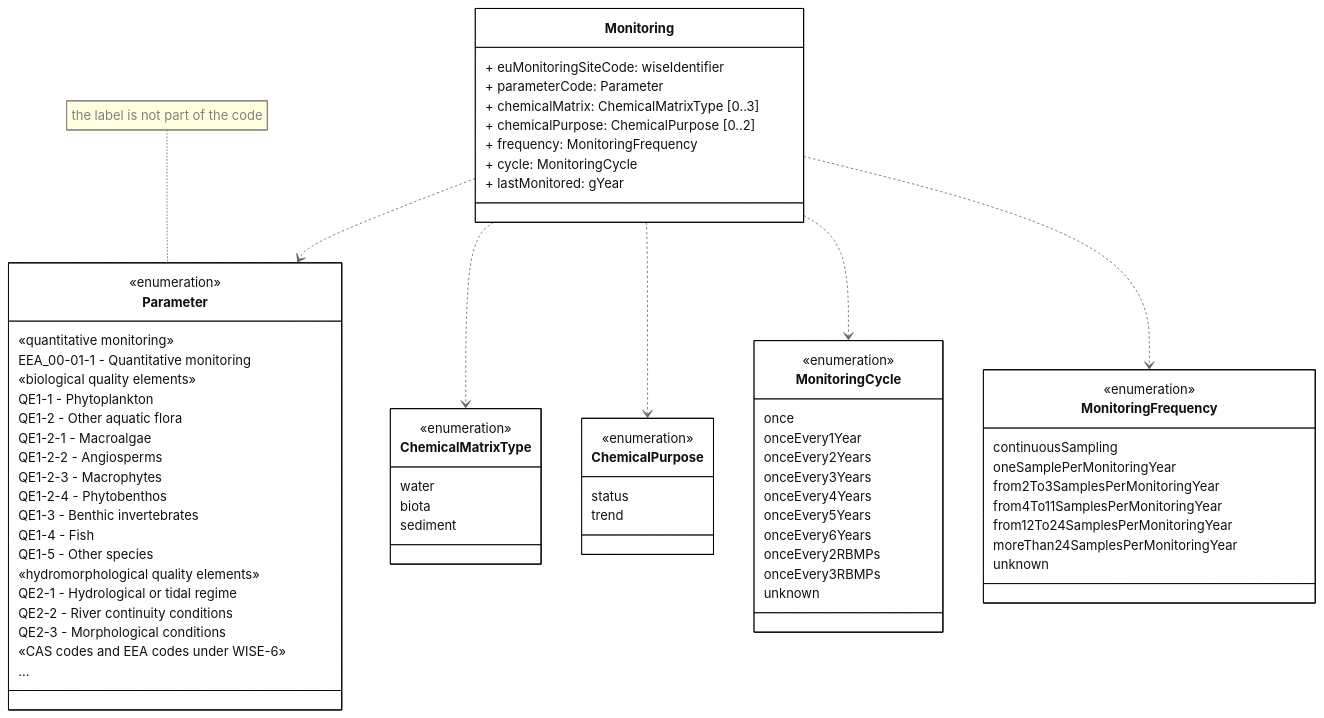
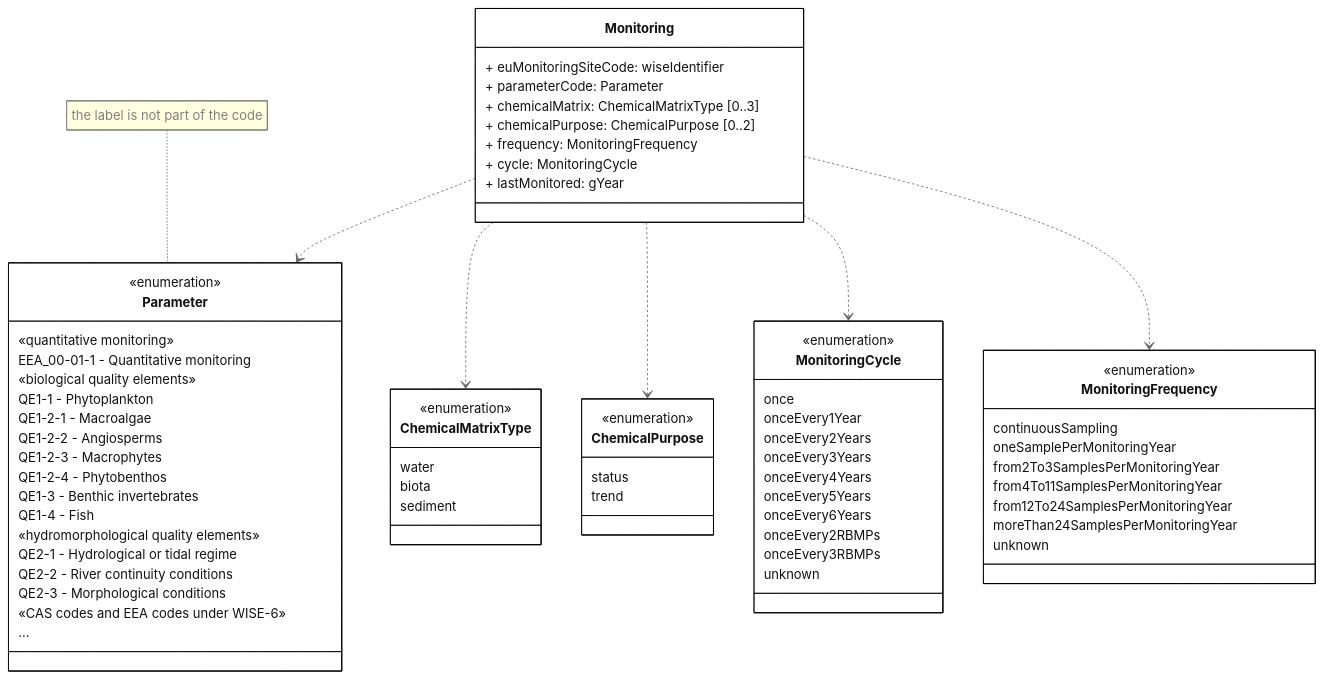
One commit to eeadata/WISE.WFD.Documentation changed the diagram in docs/DataModelReview/mmd/Monitoring_4thCycle_Monitoring_ClassDiagram.mmd. Above: the diagram before and after it, drawn with Mermaid.

Commit message:
Corrections to Monitoring

```diff
--- a/docs/DataModelReview/mmd/Monitoring_4thCycle_Monitoring_ClassDiagram.mmd
+++ b/docs/DataModelReview/mmd/Monitoring_4thCycle_Monitoring_ClassDiagram.mmd
@@ -1,100 +1,98 @@
 ---
 config:
   class:
     hideEmptyMembersBox: true
   layout: dagre
   theme: neutral
   themeVariables:
     noteBkgColor: lightYellow
     noteTextColor: grey
     noteBorderColor: grey 
 ---
 classDiagram
 direction TB
 
 
 class Monitoring{
   + euMonitoringSiteCode: wiseIdentifier
   + parameterCode: Parameter
   + chemicalMatrix: ChemicalMatrixType [0..3]
   + chemicalPurpose: ChemicalPurpose [0..2]
   + frequency: MonitoringFrequency
   + cycle: MonitoringCycle
   + lastMonitored: gYear
 }
 
 class Parameter{
   <<enumeration>>
 
   «quantitative monitoring»
   EEA_00-01-1 - Quantitative monitoring
 
   «biological quality elements»
   QE1-1 - Phytoplankton
-  QE1-2 - Other aquatic flora
   QE1-2-1 - Macroalgae
   QE1-2-2 - Angiosperms
   QE1-2-3 - Macrophytes
   QE1-2-4 - Phytobenthos
   QE1-3 - Benthic invertebrates
   QE1-4 - Fish
-  QE1-5 - Other species
 
   «hydromorphological quality elements»
   QE2-1 - Hydrological or tidal regime
   QE2-2 - River continuity conditions
   QE2-3 - Morphological conditions
 
   «CAS codes and EEA codes under WISE-6»
   ...
 }
 
 class ChemicalMatrixType{
     <<enumeration>>
     water
     biota
     sediment
     }
 
 class ChemicalPurpose{
     <<enumeration>>
     status
     trend
     }   
 
 class MonitoringFrequency{
     <<enumeration>>
     continuousSampling
     oneSamplePerMonitoringYear
     from2To3SamplesPerMonitoringYear
     from4To11SamplesPerMonitoringYear
     from12To24SamplesPerMonitoringYear
     moreThan24SamplesPerMonitoringYear
     unknown
     }   
 
 class MonitoringCycle{
     <<enumeration>>
     once
     onceEvery1Year
     onceEvery2Years
     onceEvery3Years
     onceEvery4Years
     onceEvery5Years
     onceEvery6Years
     onceEvery2RBMPs
     onceEvery3RBMPs
     unknown
     }   
 
 Monitoring ..> Parameter
 Monitoring ..> ChemicalMatrixType
 Monitoring ..> ChemicalPurpose
 
 Monitoring ..> MonitoringCycle
 Monitoring ..> MonitoringFrequency
 
 note for Parameter "the label is not part of the code"
 
 classDef default fill:white,stroke:#000;
 classDef forFixing fill:white,stroke:#f00;
```
